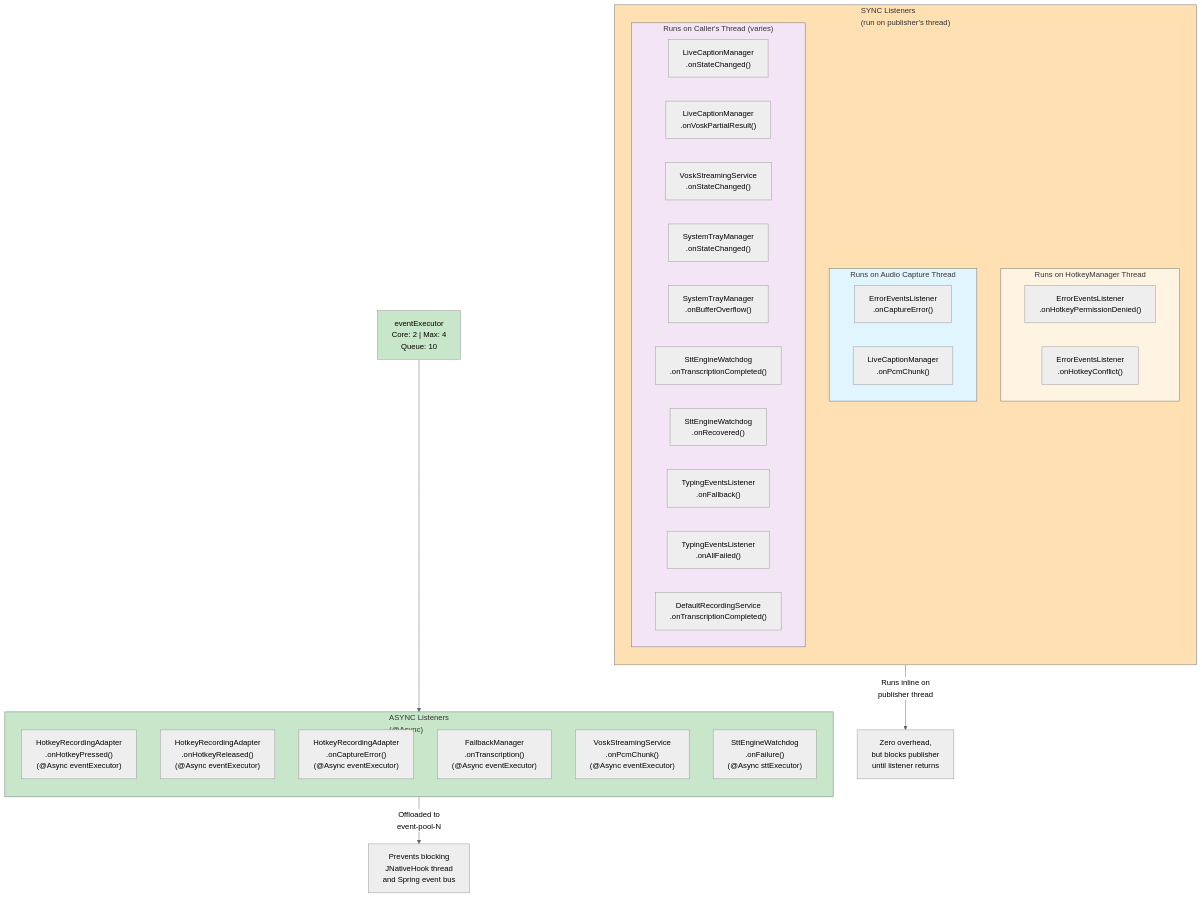
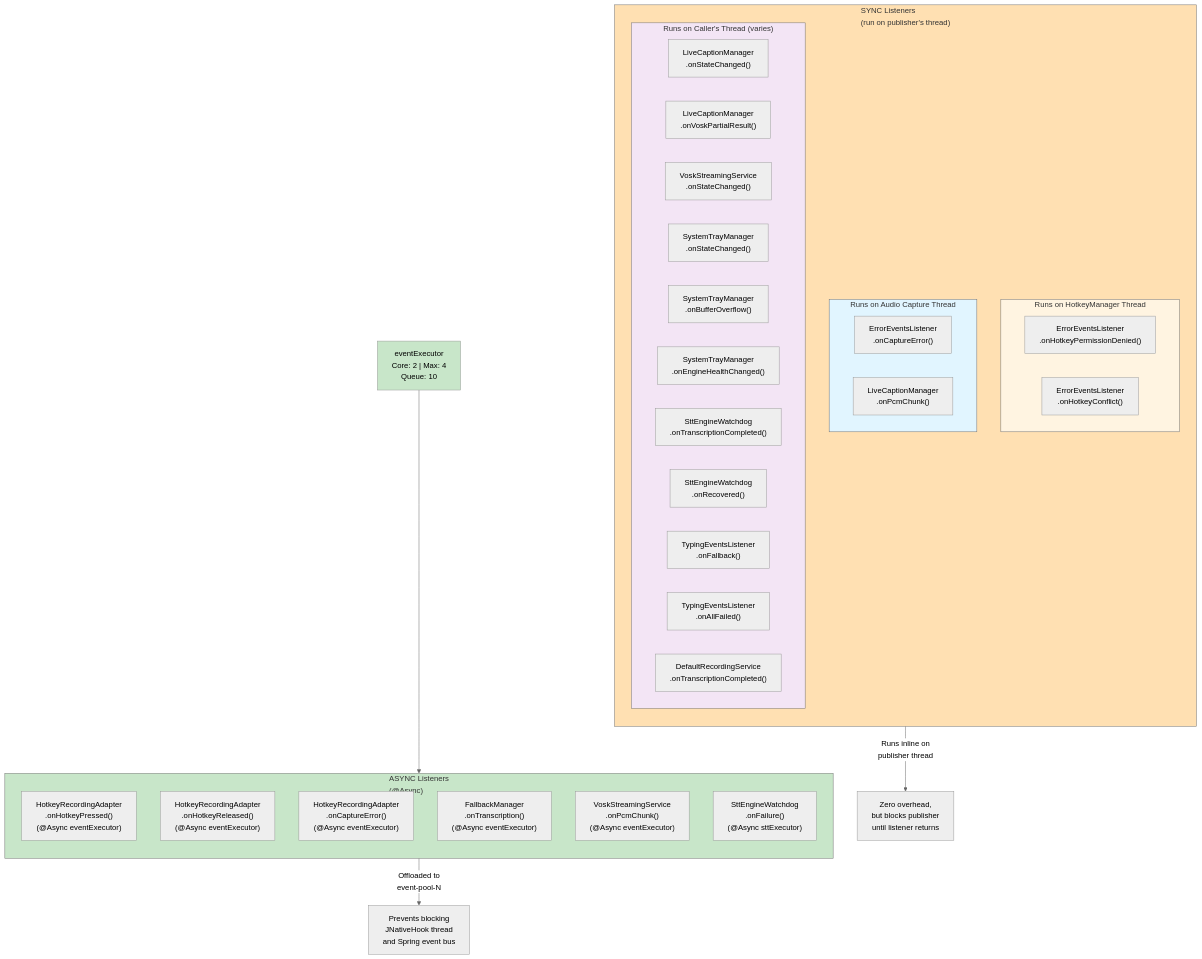
One commit to phillippitts/blckvox changed the second of 7 diagrams in docs/diagrams/async-threading-model.md. Above: the diagram before and after it, drawn with Mermaid (neutral theme). The commit also changed other lines of this file and 18 other files, not shown here.

````diff
--- a/docs/diagrams/async-threading-model.md
+++ b/docs/diagrams/async-threading-model.md
@@ -115,52 +115,53 @@
 ```mermaid
 graph TB
     subgraph AsyncListeners["ASYNC Listeners<br/>(@Async)"]
         direction TB
         A1["HotkeyRecordingAdapter<br/>.onHotkeyPressed()<br/>(@Async eventExecutor)"]
         A2["HotkeyRecordingAdapter<br/>.onHotkeyReleased()<br/>(@Async eventExecutor)"]
         A3["HotkeyRecordingAdapter<br/>.onCaptureError()<br/>(@Async eventExecutor)"]
         A4["FallbackManager<br/>.onTranscription()<br/>(@Async eventExecutor)"]
         A5["VoskStreamingService<br/>.onPcmChunk()<br/>(@Async eventExecutor)"]
         A6["SttEngineWatchdog<br/>.onFailure()<br/>(@Async sttExecutor)"]
     end
 
     subgraph SyncListeners["SYNC Listeners<br/>(run on publisher's thread)"]
         direction TB
 
         subgraph RunsOnHotkeyThread["Runs on HotkeyManager Thread"]
             S1["ErrorEventsListener<br/>.onHotkeyPermissionDenied()"]
             S2["ErrorEventsListener<br/>.onHotkeyConflict()"]
         end
 
         subgraph RunsOnAudioThread["Runs on Audio Capture Thread"]
             S3["ErrorEventsListener<br/>.onCaptureError()"]
             S4["LiveCaptionManager<br/>.onPcmChunk()"]
         end
 
         subgraph RunsOnCallerThread["Runs on Caller's Thread (varies)"]
             S6["LiveCaptionManager<br/>.onStateChanged()"]
             S7["LiveCaptionManager<br/>.onVoskPartialResult()"]
             S8["VoskStreamingService<br/>.onStateChanged()"]
             S9["SystemTrayManager<br/>.onStateChanged()"]
             S10["SystemTrayManager<br/>.onBufferOverflow()"]
+            S11["SystemTrayManager<br/>.onEngineHealthChanged()"]
             S12["SttEngineWatchdog<br/>.onTranscriptionCompleted()"]
             S14["SttEngineWatchdog<br/>.onRecovered()"]
             S15["TypingEventsListener<br/>.onFallback()"]
             S16["TypingEventsListener<br/>.onAllFailed()"]
             S17["DefaultRecordingService<br/>.onTranscriptionCompleted()"]
         end
     end
 
     EventPool["eventExecutor<br/>Core: 2 | Max: 4<br/>Queue: 10"] --> AsyncListeners
 
     AsyncListeners -->|"Offloaded to<br/>event-pool-N"| Note1["Prevents blocking<br/>JNativeHook thread<br/>and Spring event bus"]
 
     SyncListeners -->|"Runs inline on<br/>publisher thread"| Note2["Zero overhead,<br/>but blocks publisher<br/>until listener returns"]
 
     style AsyncListeners fill:#c8e6c9
     style SyncListeners fill:#ffe0b2
     style RunsOnHotkeyThread fill:#fff4e1
     style RunsOnAudioThread fill:#e1f5ff
     style RunsOnCallerThread fill:#f3e5f5
     style EventPool fill:#c8e6c9
 ```
````
